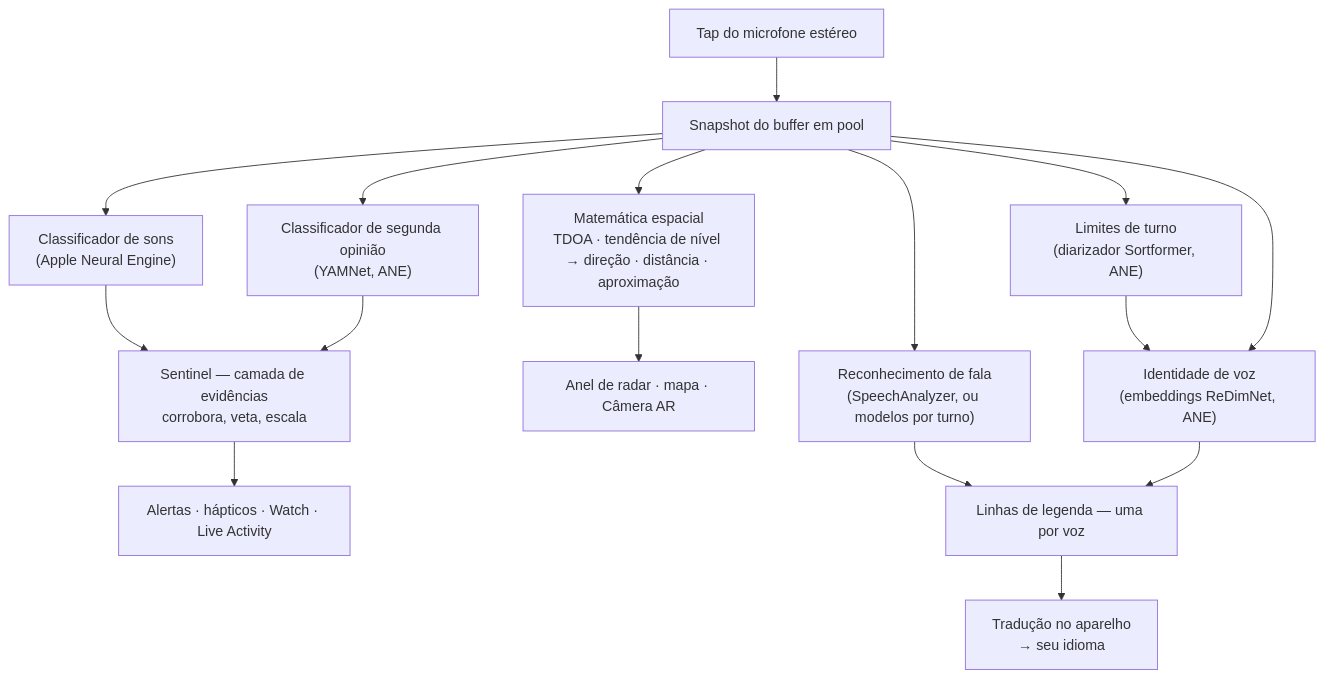
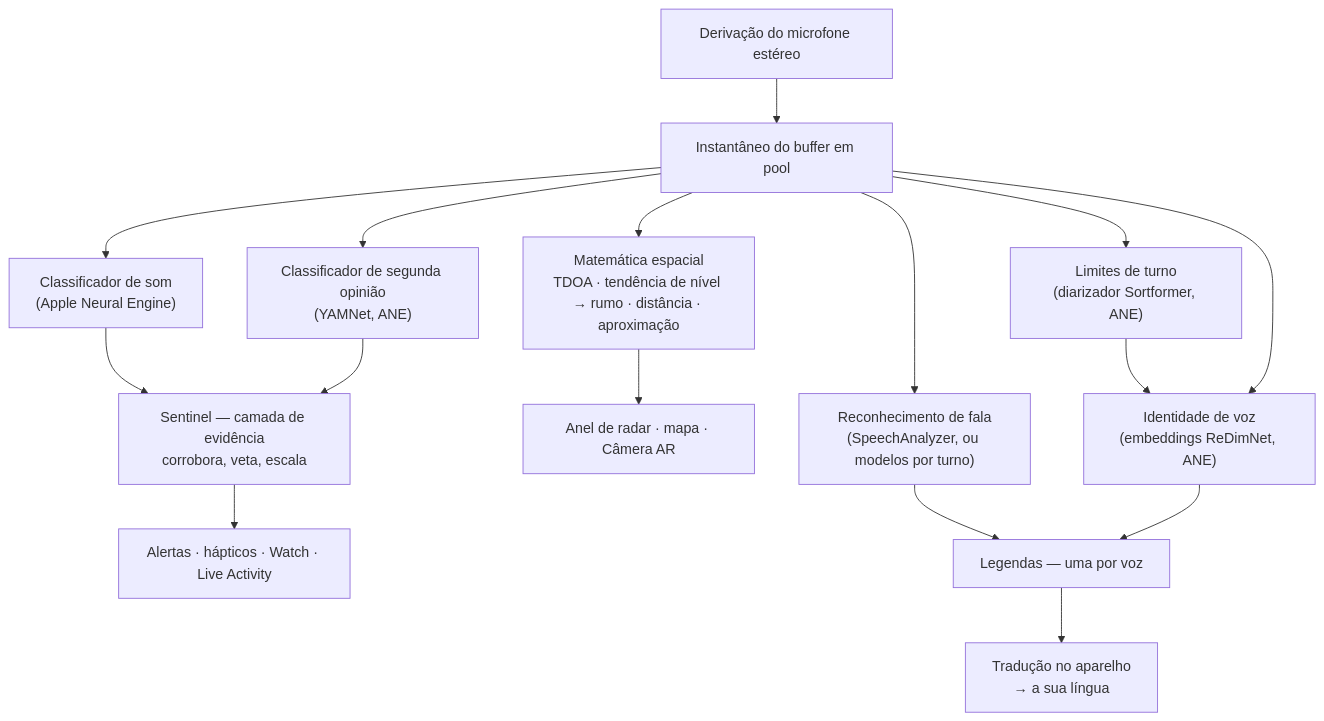
One commit to rpalm01-star/VigilantEarLegal changed the second of 4 diagrams in README_pt-BR.md. Above: the diagram before and after it, drawn with Mermaid. The commit also changed other lines of this file and 14 other files, not shown here.

````diff
--- a/README_pt-BR.md
+++ b/README_pt-BR.md
@@ -145,18 +164,18 @@
 ```mermaid
 graph TD
-    A["Tap do microfone estéreo"] --> B["Snapshot do buffer em pool"]
-    B --> C["Classificador de sons<br/>(Apple Neural Engine)"]
+    A["Derivação do microfone estéreo"] --> B["Instantâneo do buffer em pool"]
+    B --> C["Classificador de som<br/>(Apple Neural Engine)"]
     B --> Y["Classificador de segunda opinião<br/>(YAMNet, ANE)"]
-    C --> S["Sentinel — camada de evidências<br/>corrobora, veta, escala"]
+    C --> S["Sentinel — camada de evidência<br/>corrobora, veta, escala"]
     Y --> S
     S --> H["Alertas · hápticos · Watch · Live Activity"]
-    B --> D["Matemática espacial<br/>TDOA · tendência de nível → direção · distância · aproximação"]
+    B --> D["Matemática espacial<br/>TDOA · tendência de nível → rumo · distância · aproximação"]
     D --> R["Anel de radar · mapa · Câmera AR"]
     B --> F["Reconhecimento de fala<br/>(SpeechAnalyzer, ou modelos por turno)"]
     B --> N["Limites de turno<br/>(diarizador Sortformer, ANE)"]
     N --> E["Identidade de voz<br/>(embeddings ReDimNet, ANE)"]
     B --> E
-    F --> G["Linhas de legenda — uma por voz"]
+    F --> G["Legendas — uma por voz"]
     E --> G
-    G --> T["Tradução no aparelho<br/>→ seu idioma"]
+    G --> T["Tradução no aparelho<br/>→ a sua língua"]
 ```
````
